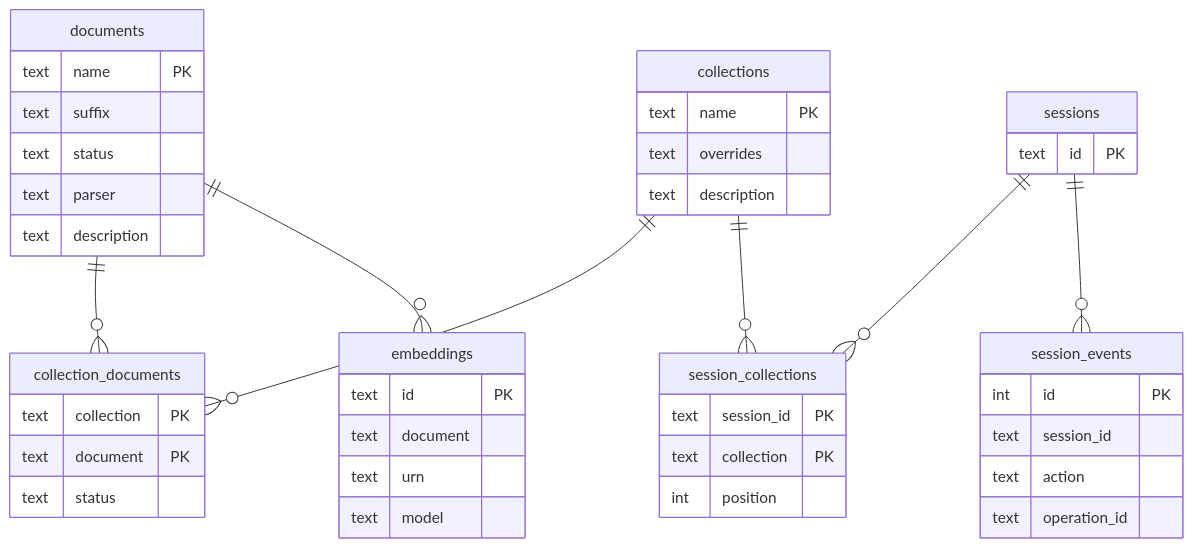
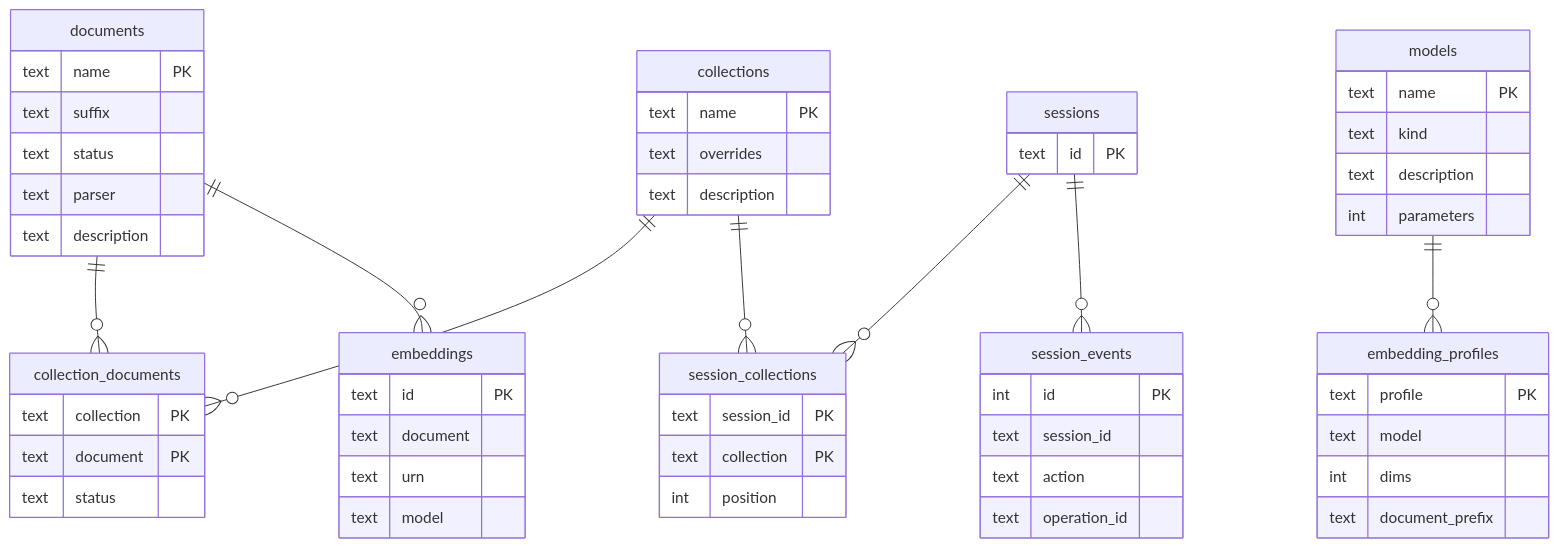
The diagram in docs/storage.md (haskian/haskie), drawn with Mermaid before and after one commit. The commit also changed other lines of this file and 64 other files, not shown here.

````diff
--- a/docs/storage.md
+++ b/docs/storage.md
@@ -32,46 +32,59 @@
 ```mermaid
 erDiagram
     documents ||--o{ collection_documents : ""
     collections ||--o{ collection_documents : ""
     documents ||--o{ embeddings : ""
     sessions ||--o{ session_collections : ""
     collections ||--o{ session_collections : ""
     sessions ||--o{ session_events : ""
+    models ||--o{ embedding_profiles : ""
     documents {
         text name PK
         text suffix
         text status
         text parser
         text description
     }
     collections {
         text name PK
         text overrides
         text description
     }
     collection_documents {
         text collection PK
         text document PK
         text status
     }
     embeddings {
         text id PK
         text document
         text urn
         text model
     }
     sessions {
         text id PK
     }
     session_collections {
         text session_id PK
         text collection PK
         int position
     }
     session_events {
         int id PK
         text session_id
         text action
         text operation_id
     }
+    models {
+        text name PK
+        text kind
+        text description
+        int parameters
+    }
+    embedding_profiles {
+        text profile PK
+        text model
+        int dims
+        text document_prefix
+    }
 ```
````
